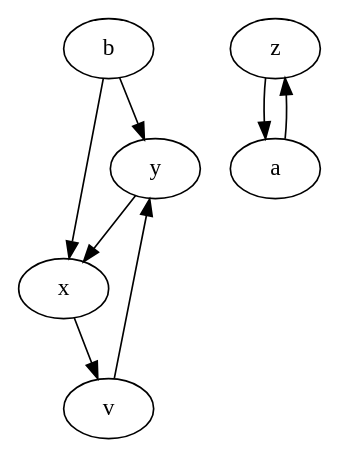
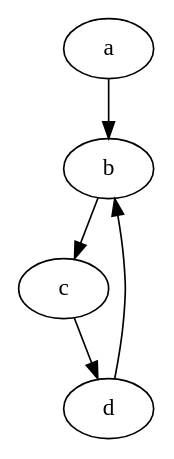
One commit to Carmofrasao/API-grafos changed the diagram in grafo8.dot. Above: the diagram before and after it, drawn with Graphviz. The commit also changed 2 other files, not shown here.

```diff
--- a/grafo8.dot
+++ b/grafo8.dot
@@ -1,9 +1,6 @@
 Digraph {
-    b -> y;
-    y -> x;
-    v -> y;
-    z -> a;
-    b -> x;
-    x -> v;
-    a -> z;
+    a -> b;
+    b -> c;
+    c -> d;
+    d -> b;
 }
```
